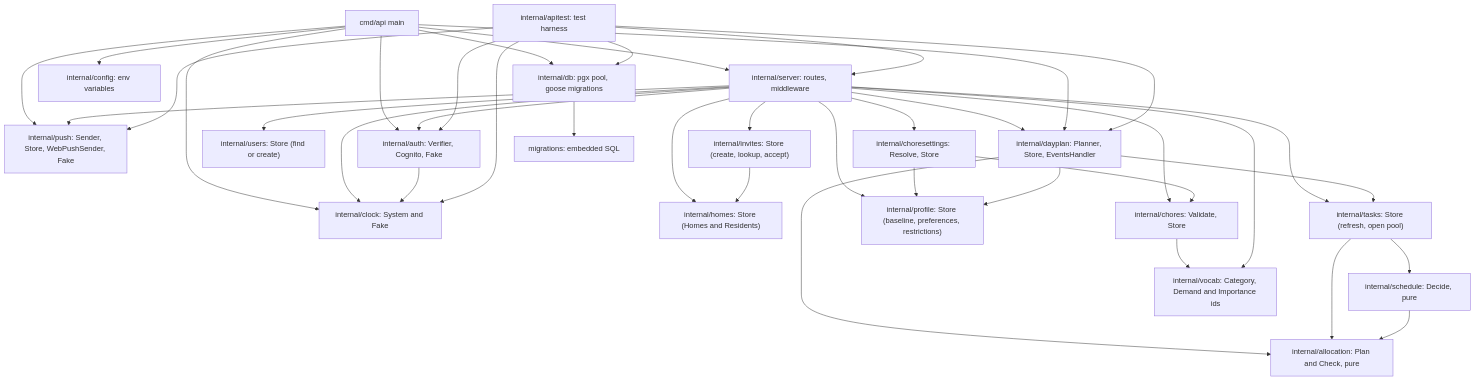
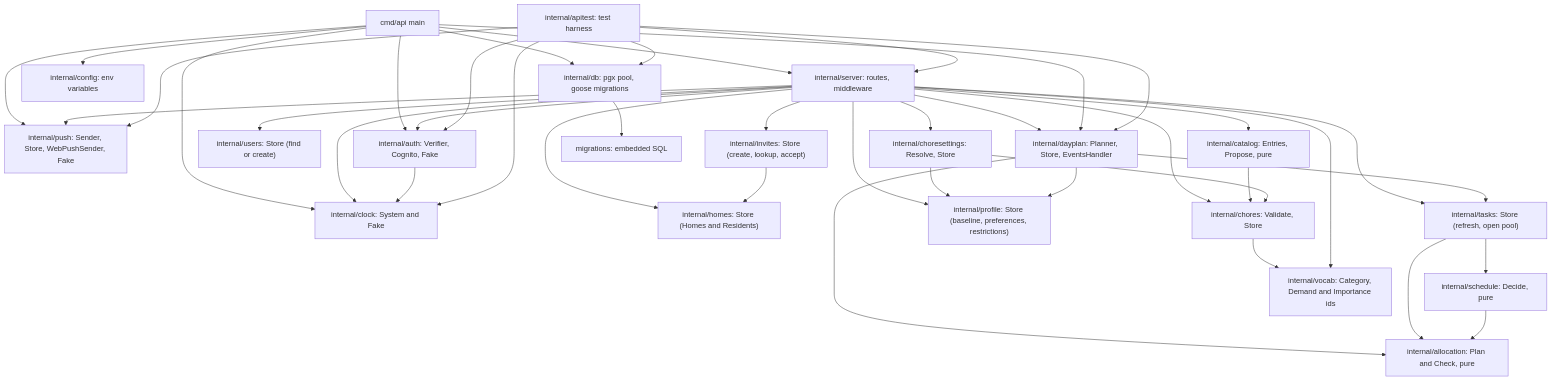
One commit to AbnerWillclefy/Homeowner changed the first of 3 diagrams in docs/architecture/backend.md. Above: the diagram before and after it, drawn with Mermaid. The commit also changed other lines of this file and 2 other files, not shown here.

Commit message:
docs(architecture): describe the catalog package and its routes

````diff
--- a/docs/architecture/backend.md
+++ b/docs/architecture/backend.md
@@ -17,61 +17,64 @@
 ```mermaid
 flowchart TD
     main["cmd/api main"]
     server["internal/server: routes, middleware"]
     config["internal/config: env variables"]
     db["internal/db: pgx pool, goose migrations"]
     clock["internal/clock: System and Fake"]
     push["internal/push: Sender, Store, WebPushSender, Fake"]
     auth["internal/auth: Verifier, Cognito, Fake"]
     users["internal/users: Store (find or create)"]
     homes["internal/homes: Store (Homes and Residents)"]
     invites["internal/invites: Store (create, lookup, accept)"]
     chores["internal/chores: Validate, Store"]
+    catalog["internal/catalog: Entries, Propose, pure"]
     profile["internal/profile: Store (baseline, preferences, restrictions)"]
     choresettings["internal/choresettings: Resolve, Store"]
     schedule["internal/schedule: Decide, pure"]
     tasks["internal/tasks: Store (refresh, open pool)"]
     dayplan["internal/dayplan: Planner, Store, EventsHandler"]
     vocab["internal/vocab: Category, Demand and Importance ids"]
     mig["migrations: embedded SQL"]
     alloc["internal/allocation: Plan and Check, pure"]
     apitest["internal/apitest: test harness"]
 
     main --> config
     main --> db
     main --> server
     main --> clock
     main --> push
     main --> auth
     server --> clock
     server --> push
     server --> auth
     server --> users
     server --> homes
     server --> profile
     server --> invites
     invites --> homes
     server --> chores
+    server --> catalog
+    catalog --> chores
     server --> choresettings
     choresettings --> chores
     choresettings --> profile
     server --> tasks
     server --> dayplan
     main --> dayplan
     dayplan --> tasks
     dayplan --> profile
     dayplan --> alloc
     apitest --> dayplan
     tasks --> schedule
     tasks --> alloc
     schedule --> alloc
     chores --> vocab
     server --> vocab
     auth --> clock
     apitest --> push
     apitest --> auth
     db --> mig
     apitest --> server
     apitest --> db
     apitest --> clock
 ```
````
